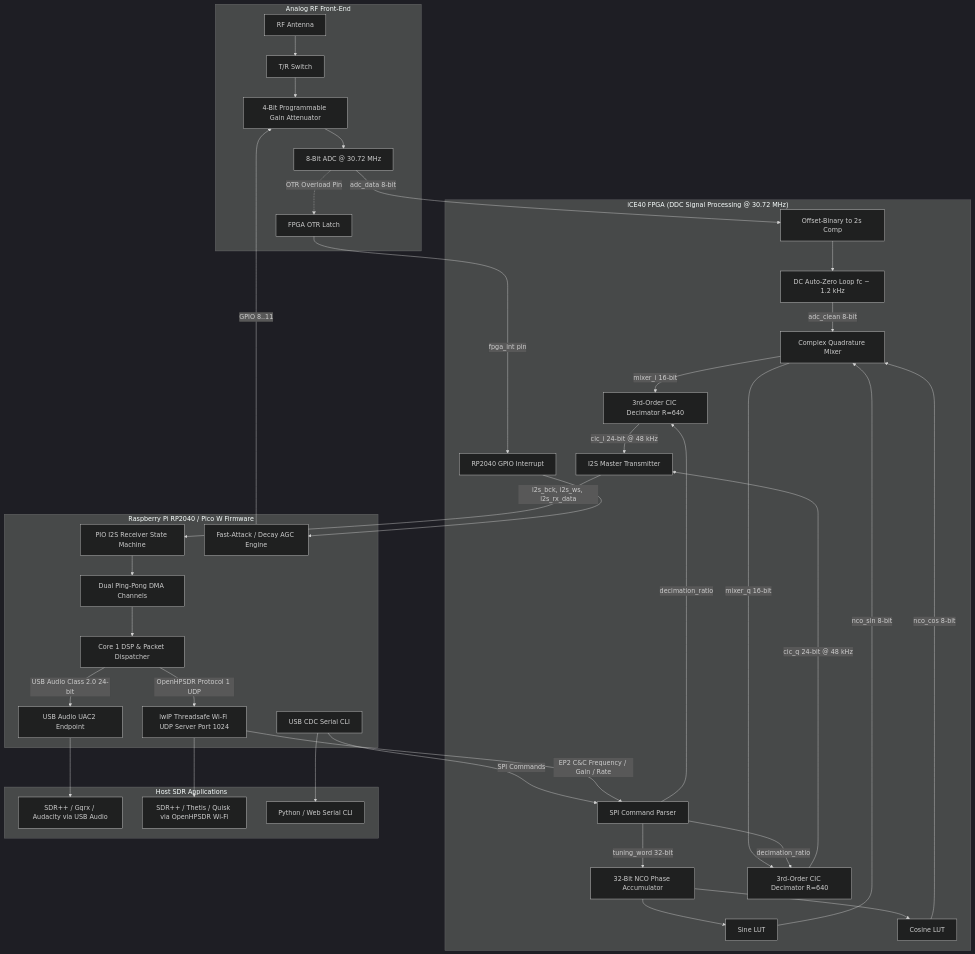
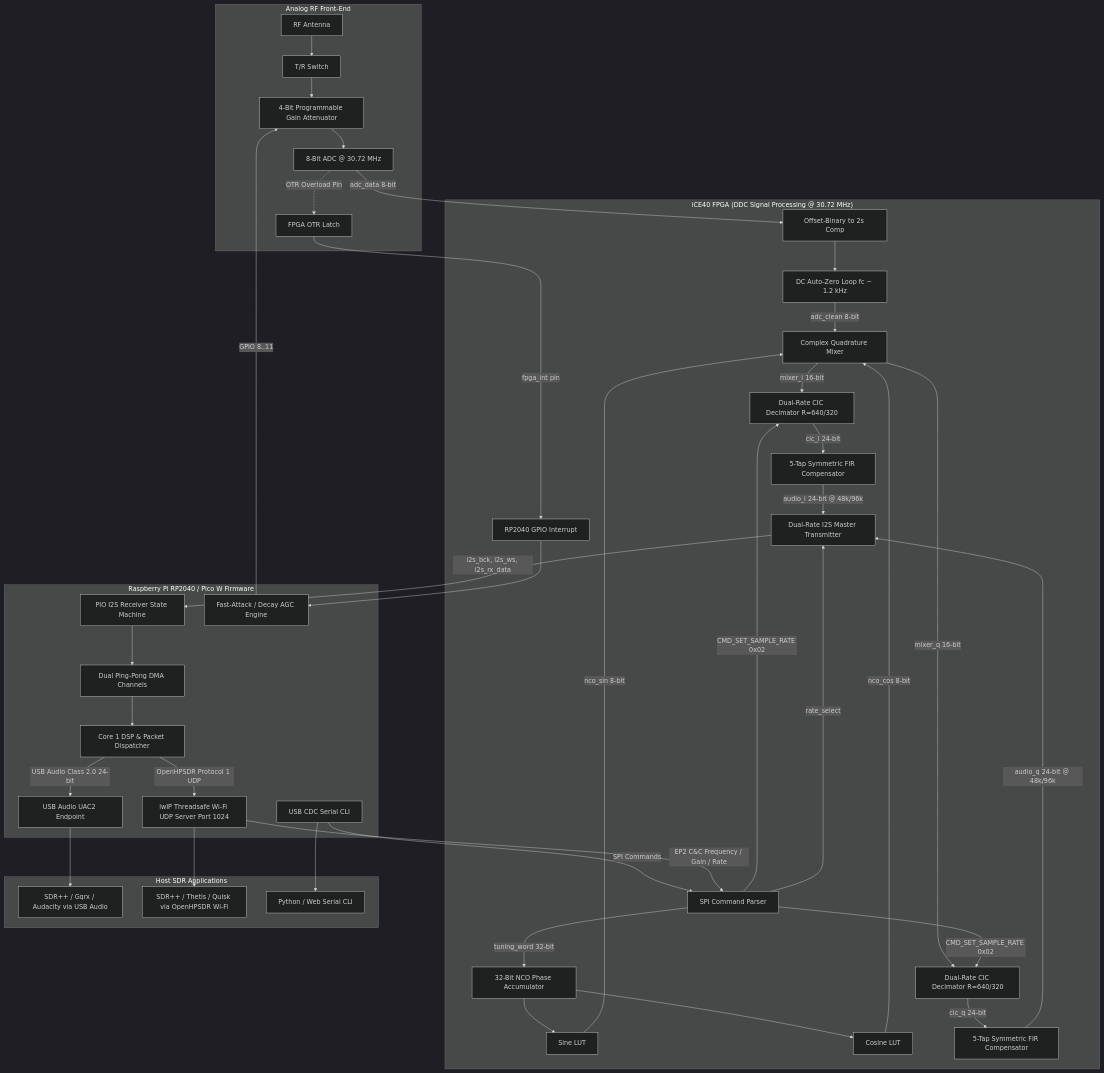
One commit to frohro/pico-dev-ice changed the first of 2 diagrams in Software/README.md. Above: the diagram before and after it, drawn with Mermaid (dark theme). The commit also changed other lines of this file and 1 other file, not shown here.

Commit message:
Update documentation with dual-rate (48k/96k) FIR passband compensation

````diff
--- a/Software/README.md
+++ b/Software/README.md
@@ -34,51 +35,55 @@
 ```mermaid
 graph TD
     subgraph Analog_RF_FrontEnd ["Analog RF Front-End"]
         ANT[RF Antenna] --> TR[T/R Switch]
         TR --> PGA[4-Bit Programmable Gain Attenuator]
         PGA --> ADC[8-Bit ADC @ 30.72 MHz]
         ADC -.->|OTR Overload Pin| FPGA_INT[FPGA OTR Latch]
     end
 
     subgraph FPGA_DSP ["iCE40 FPGA (DDC Signal Processing @ 30.72 MHz)"]
         ADC -->|adc_data 8-bit| O2C[Offset-Binary to 2s Comp]
         O2C --> DCZ[DC Auto-Zero Loop fc ~ 1.2 kHz]
         DCZ -->|adc_clean 8-bit| MIX[Complex Quadrature Mixer]
         
         NCO_GEN[32-Bit NCO Phase Accumulator] --> SIN_LUT[Sine LUT]
         NCO_GEN --> COS_LUT[Cosine LUT]
         COS_LUT -->|nco_cos 8-bit| MIX
         SIN_LUT -->|nco_sin 8-bit| MIX
 
-        MIX -->|mixer_i 16-bit| CIC_I[3rd-Order CIC Decimator R=640]
-        MIX -->|mixer_q 16-bit| CIC_Q[3rd-Order CIC Decimator R=640]
+        MIX -->|mixer_i 16-bit| CIC_I[Dual-Rate CIC Decimator R=640/320]
+        MIX -->|mixer_q 16-bit| CIC_Q[Dual-Rate CIC Decimator R=640/320]
 
-        CIC_I -->|cic_i 24-bit @ 48 kHz| I2S_TX[I2S Master Transmitter]
-        CIC_Q -->|cic_q 24-bit @ 48 kHz| I2S_TX
+        CIC_I -->|cic_i 24-bit| FIR_I[5-Tap Symmetric FIR Compensator]
+        CIC_Q -->|cic_q 24-bit| FIR_Q[5-Tap Symmetric FIR Compensator]
+
+        FIR_I -->|audio_i 24-bit @ 48k/96k| I2S_TX[Dual-Rate I2S Master Transmitter]
+        FIR_Q -->|audio_q 24-bit @ 48k/96k| I2S_TX
         
         SPI_SLV[SPI Command Parser] -->|tuning_word 32-bit| NCO_GEN
-        SPI_SLV -->|decimation_ratio| CIC_I
-        SPI_SLV -->|decimation_ratio| CIC_Q
+        SPI_SLV -->|CMD_SET_SAMPLE_RATE 0x02| CIC_I
+        SPI_SLV -->|CMD_SET_SAMPLE_RATE 0x02| CIC_Q
+        SPI_SLV -->|rate_select| I2S_TX
         FPGA_INT -->|fpga_int pin| MCU_INT[RP2040 GPIO Interrupt]
     end
 
     subgraph MCU_RP2040 ["Raspberry Pi RP2040 / Pico W Firmware"]
         I2S_TX -->|i2s_bck, i2s_ws, i2s_rx_data| PIO_RX[PIO I2S Receiver State Machine]
         PIO_RX --> DMA[Dual Ping-Pong DMA Channels]
         DMA --> CORE1[Core 1 DSP & Packet Dispatcher]
         
         CORE1 -->|USB Audio Class 2.0 24-bit| USB_EP[USB Audio UAC2 Endpoint]
         CORE1 -->|OpenHPSDR Protocol 1 UDP| WIFI_LWIP[lwIP Threadsafe Wi-Fi UDP Server Port 1024]
         
         AGC_CTRL[Fast-Attack / Decay AGC Engine] -->|GPIO 8..11| PGA
         MCU_INT --> AGC_CTRL
         CDC_CLI[USB CDC Serial CLI] -->|SPI Commands| SPI_SLV
         WIFI_LWIP -->|EP2 C&C Frequency / Gain / Rate| SPI_SLV
     end
 
     subgraph Host_Software ["Host SDR Applications"]
         USB_EP --> SDRPP_U[SDR++ / Gqrx / Audacity via USB Audio]
         WIFI_LWIP --> SDRPP_W[SDR++ / Thetis / Quisk via OpenHPSDR Wi-Fi]
         CDC_CLI --> SERIAL_APP[Python / Web Serial CLI]
     end
 ```
````
